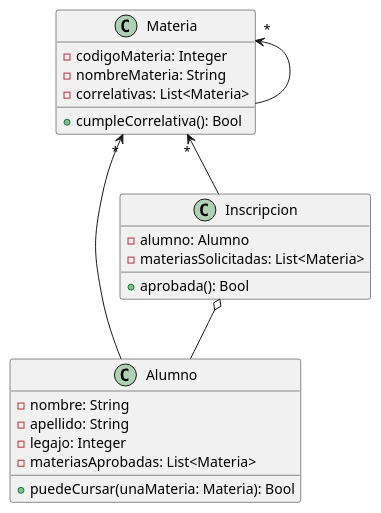
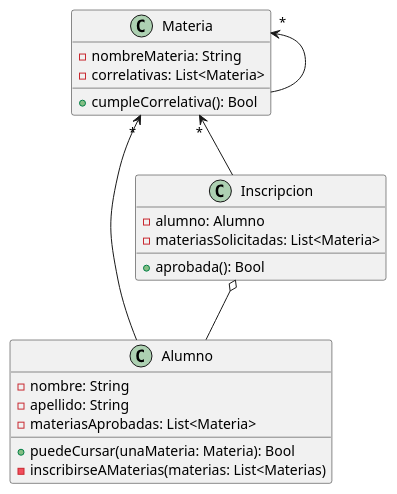
Before and after one commit to SantiFustinoni/Correlativas: the diagram in src/Diagrama Inscripciones.puml, drawn with PlantUML. The commit also changed 4 other files, not shown here.

Commit message:
Se agrega codigo y diagrama

```diff
--- a/src/Diagrama Inscripciones.puml
+++ b/src/Diagrama Inscripciones.puml
@@ -1,39 +1,38 @@
 @startuml
 'https://plantuml.com/class-diagram
 
 class Materia
 class Alumno
 class Inscripcion
 
 Materia "*" <--  Alumno
 Materia "*" <-- Materia
 Materia "*" <-- Inscripcion
 Inscripcion o-- Alumno
 
 
 class Materia {
--codigoMateria: Integer
 -nombreMateria: String
 -correlativas: List<Materia>
 
 +cumpleCorrelativa(): Bool
 }
 
 class Alumno {
 -nombre: String
 -apellido: String
--legajo: Integer
 -materiasAprobadas: List<Materia>
 
 +puedeCursar(unaMateria: Materia): Bool
+-inscribirseAMaterias(materias: List<Materias)
 }
 
 class Inscripcion {
 -alumno: Alumno
 -materiasSolicitadas: List<Materia>
 
 +aprobada(): Bool
 
 }
 
 @enduml
```
